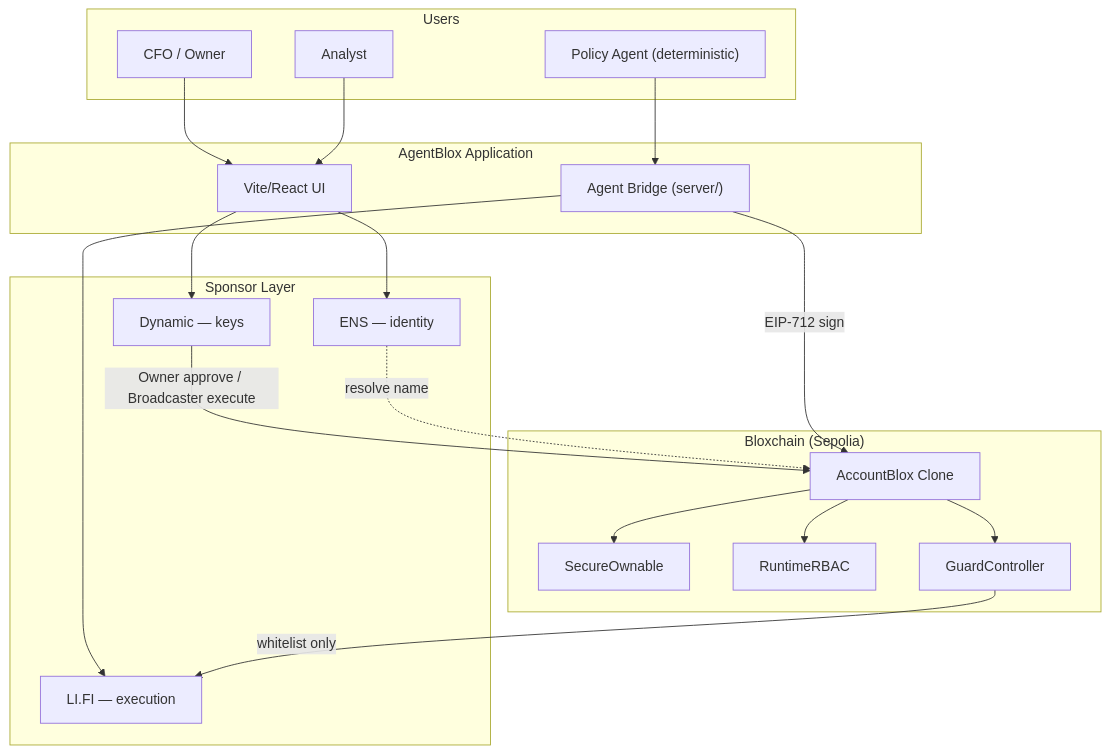
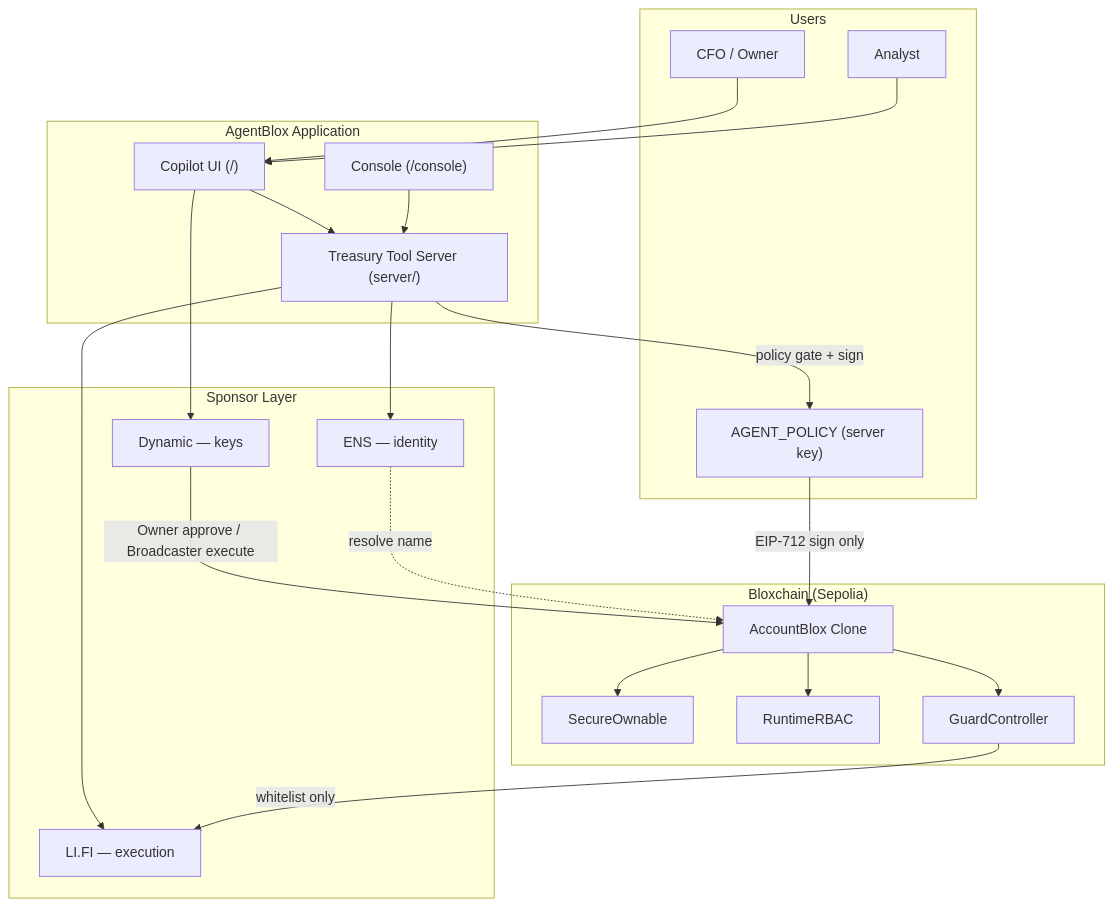
One commit to PracticalParticle/AgentBlox changed the diagram in docs/architecture.md. Above: the diagram before and after it, drawn with Mermaid. The commit also changed other lines of this file and 16 other files, not shown here.

First line of the commit message:
Docs: replace Agent Bridge with Copilot tools

````diff
--- a/docs/architecture.md
+++ b/docs/architecture.md
@@ -16,40 +16,43 @@
 ```mermaid
 flowchart TB
     subgraph Users["Users"]
         CFO["CFO / Owner"]
         Analyst["Analyst"]
-        Agent["Policy Agent (deterministic)"]
+        Policy["AGENT_POLICY (server key)"]
     end
 
     subgraph AgentBloxApp["AgentBlox Application"]
-        WebUI["Vite/React UI"]
-        AgentBridge["Agent Bridge (server/)"]
+        Copilot["Copilot UI (/)"]
+        Console["Console (/console)"]
+        ToolServer["Treasury Tool Server (server/)"]
     end
 
     subgraph Sponsors["Sponsor Layer"]
         DYN["Dynamic — keys"]
         ENS["ENS — identity"]
         LIFI["LI.FI — execution"]
     end
 
     subgraph BloxchainLayer["Bloxchain (Sepolia)"]
         AB["AccountBlox Clone"]
         SO["SecureOwnable"]
         RBAC["RuntimeRBAC"]
         GC["GuardController"]
     end
 
-    CFO --> WebUI
-    Analyst --> WebUI
-    Agent --> AgentBridge
-    WebUI --> DYN
-    WebUI --> ENS
-    AgentBridge --> LIFI
-    AgentBridge -->|"EIP-712 sign"| AB
+    CFO --> Copilot
+    Analyst --> Copilot
+    Copilot --> ToolServer
+    Console --> ToolServer
+    ToolServer -->|"policy gate + sign"| Policy
+    ToolServer --> LIFI
+    Copilot --> DYN
+    ToolServer --> ENS
     DYN -->|"Owner approve / Broadcaster execute"| AB
+    Policy -->|"EIP-712 sign only"| AB
     AB --> SO
     AB --> RBAC
     AB --> GC
     GC -->|"whitelist only"| LIFI
     ENS -.->|"resolve name"| AB
 ```
````
